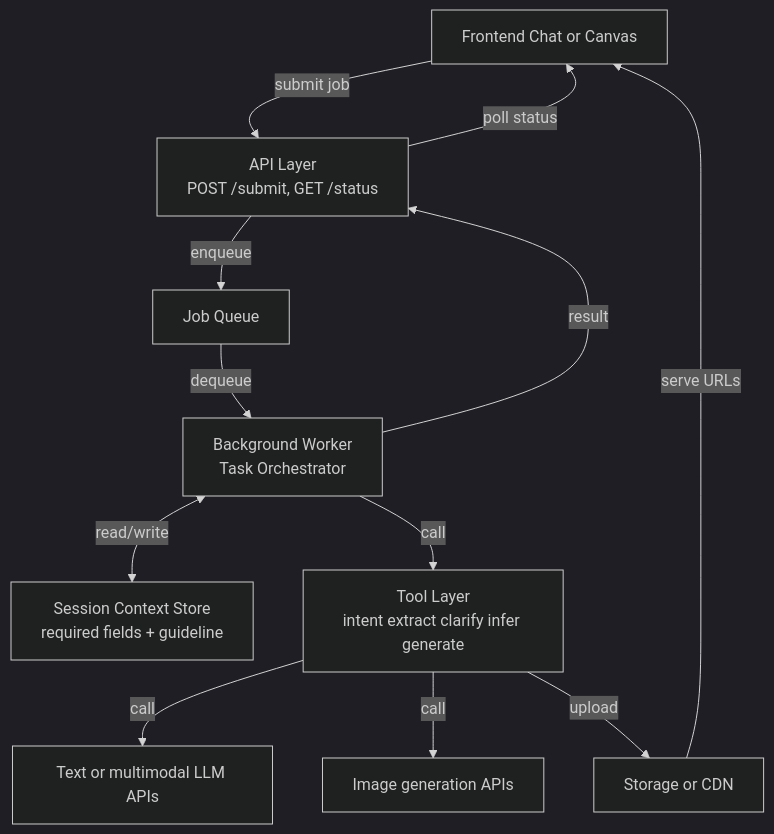
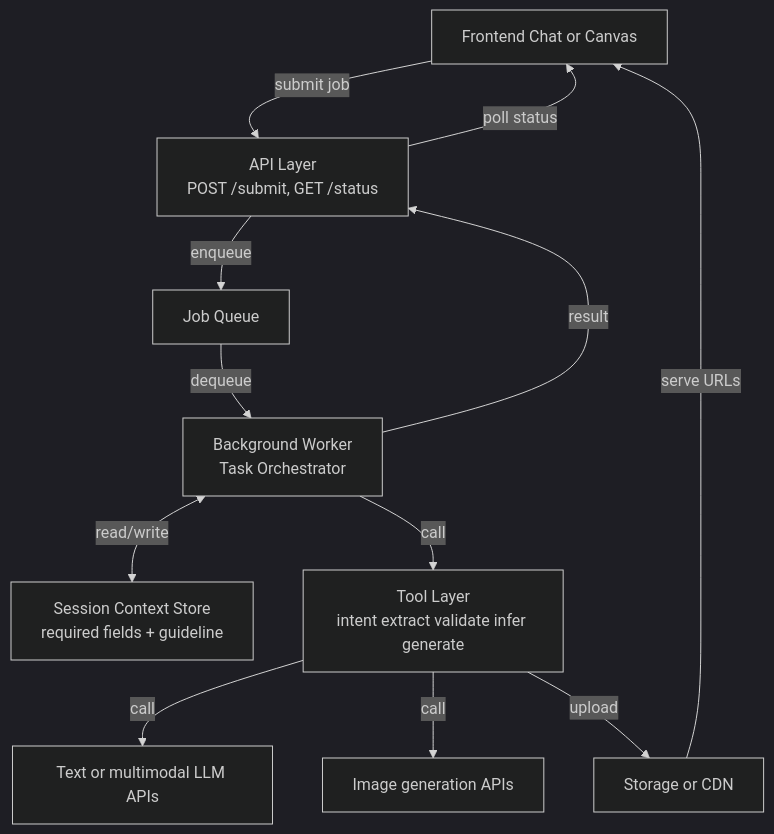
The second of 3 diagrams in tech.md (Ne4nf/Agent-Memory), drawn with Mermaid (dark theme) before and after one commit. The commit also changed other lines of this file, not shown here.

````diff
--- a/tech.md
+++ b/tech.md
@@ -105,24 +105,24 @@
 ```mermaid
 graph TB
     FE[Frontend Chat or Canvas]
     API["API Layer\nPOST /submit, GET /status"]
     QUEUE[Job Queue]
     WORKER[Background Worker\nTask Orchestrator]
     CTX["Session Context Store\nrequired fields + guideline"]
-    TOOLBOX["Tool Layer\nintent extract clarify infer generate"]
+    TOOLBOX["Tool Layer\nintent extract validate infer generate"]
     LLM["Text or multimodal LLM APIs"]
     IMG["Image generation APIs"]
     STO["Storage or CDN"]
 
     FE -->|submit job| API
     API -->|enqueue| QUEUE
     QUEUE -->|dequeue| WORKER
     WORKER <-->|read/write| CTX
     WORKER -->|call| TOOLBOX
     TOOLBOX -->|call| LLM
     TOOLBOX -->|call| IMG
     TOOLBOX -->|upload| STO
     WORKER -->|result| API
     API -->|poll status| FE
     STO -->|serve URLs| FE
 ```
````
